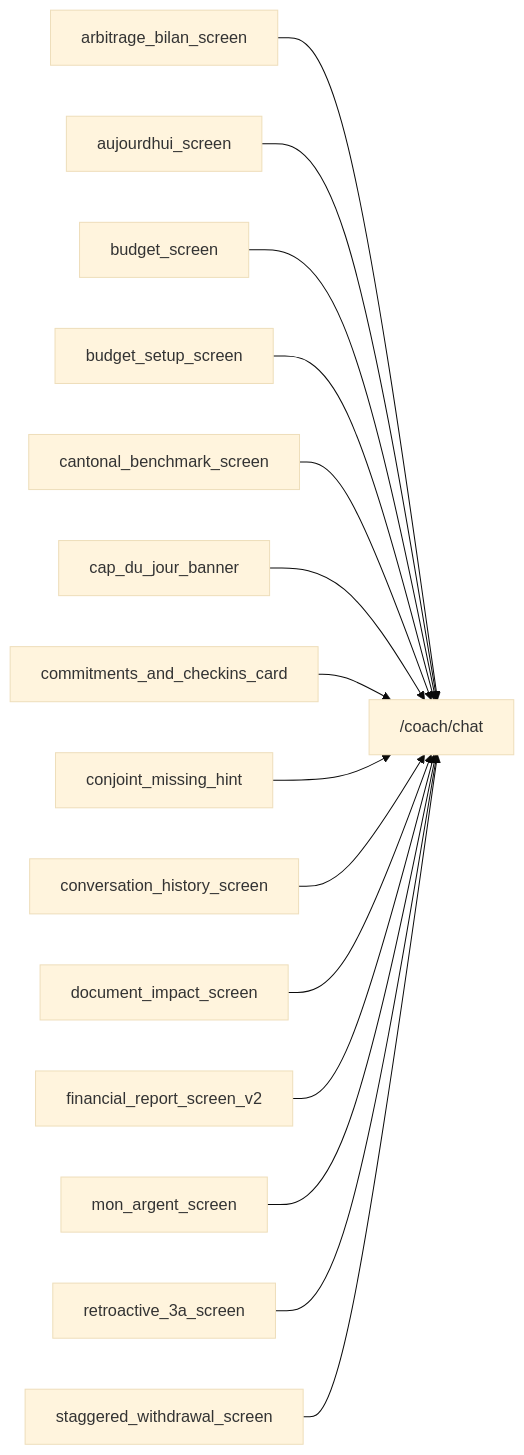
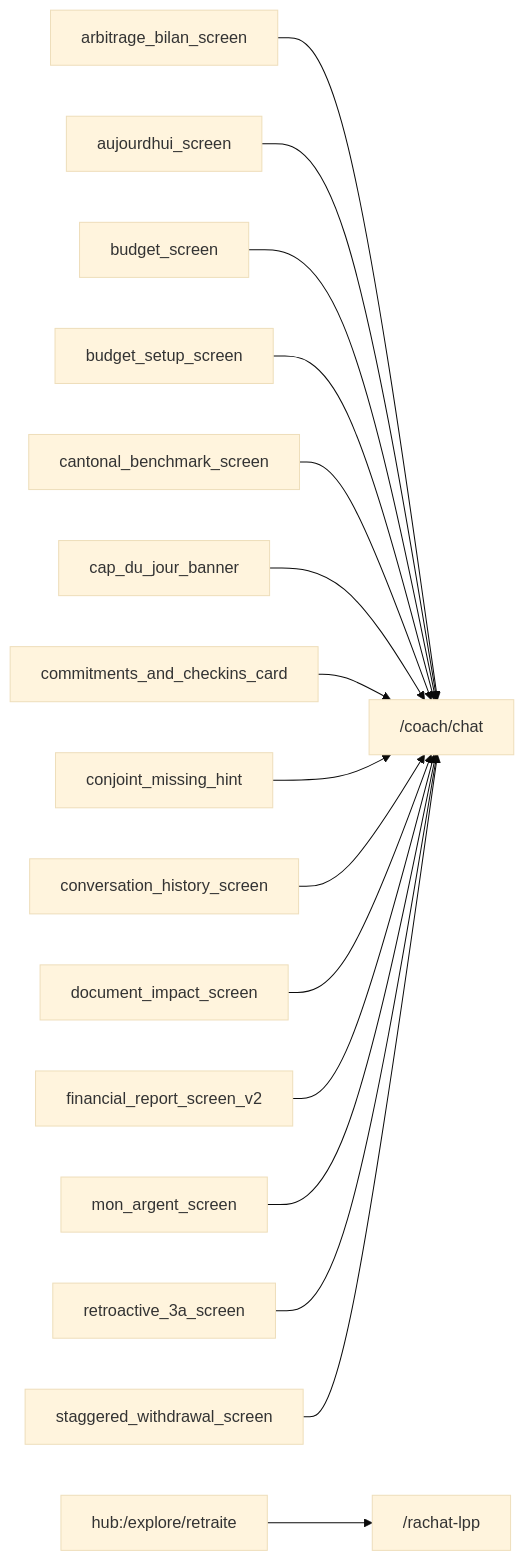
The diagram in .planning/architecture/themes/coach.md (MINT-IA/MINT), drawn with Mermaid (base theme) before and after one commit. The commit also changed other lines of this file and 15 other files, not shown here.

````diff
--- a/.planning/architecture/themes/coach.md
+++ b/.planning/architecture/themes/coach.md
@@ -49,17 +55,18 @@
 ```mermaid
 graph LR
   arbitrage_bilan_screen["arbitrage_bilan_screen"] --> _coach_chat["/coach/chat"]
   aujourdhui_screen["aujourdhui_screen"] --> _coach_chat["/coach/chat"]
   budget_screen["budget_screen"] --> _coach_chat["/coach/chat"]
   budget_setup_screen["budget_setup_screen"] --> _coach_chat["/coach/chat"]
   cantonal_benchmark_screen["cantonal_benchmark_screen"] --> _coach_chat["/coach/chat"]
   cap_du_jour_banner["cap_du_jour_banner"] --> _coach_chat["/coach/chat"]
   commitments_and_checkins_card["commitments_and_checkins_card"] --> _coach_chat["/coach/chat"]
   conjoint_missing_hint["conjoint_missing_hint"] --> _coach_chat["/coach/chat"]
   conversation_history_screen["conversation_history_screen"] --> _coach_chat["/coach/chat"]
   document_impact_screen["document_impact_screen"] --> _coach_chat["/coach/chat"]
   financial_report_screen_v2["financial_report_screen_v2"] --> _coach_chat["/coach/chat"]
   mon_argent_screen["mon_argent_screen"] --> _coach_chat["/coach/chat"]
   retroactive_3a_screen["retroactive_3a_screen"] --> _coach_chat["/coach/chat"]
   staggered_withdrawal_screen["staggered_withdrawal_screen"] --> _coach_chat["/coach/chat"]
+  hub__explore_retraite["hub:/explore/retraite"] --> _rachat_lpp["/rachat-lpp"]
 ```
````
